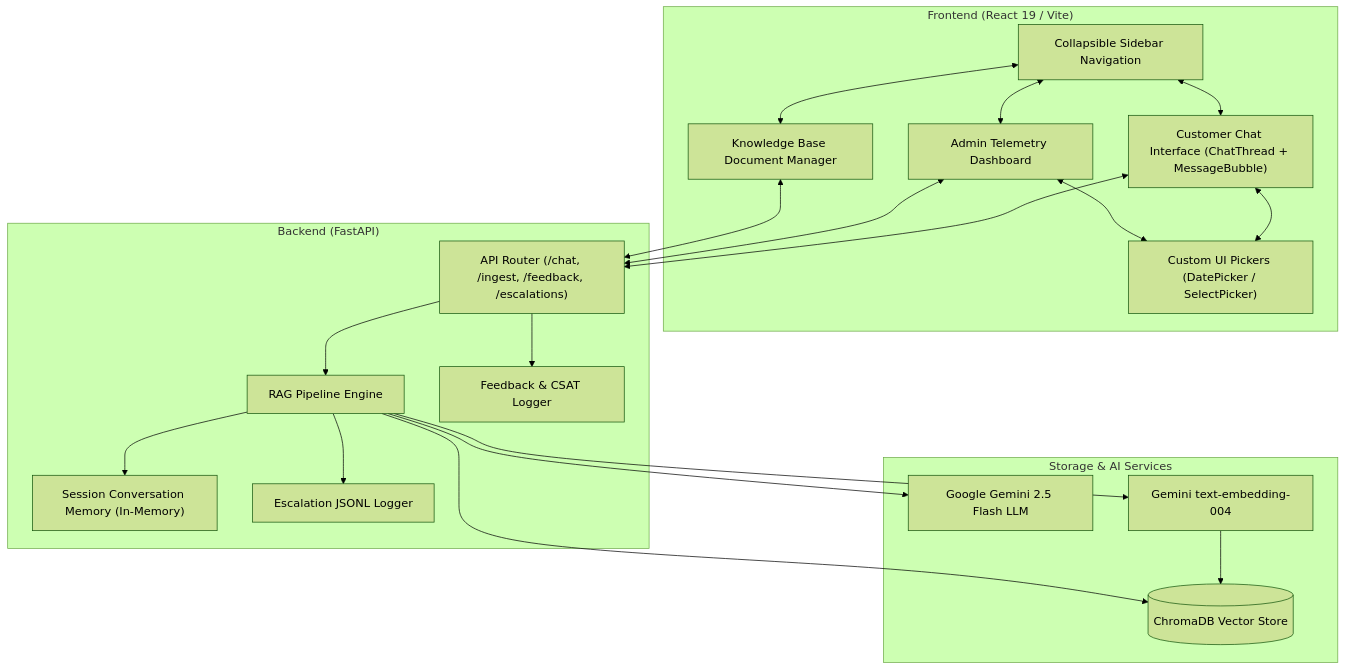
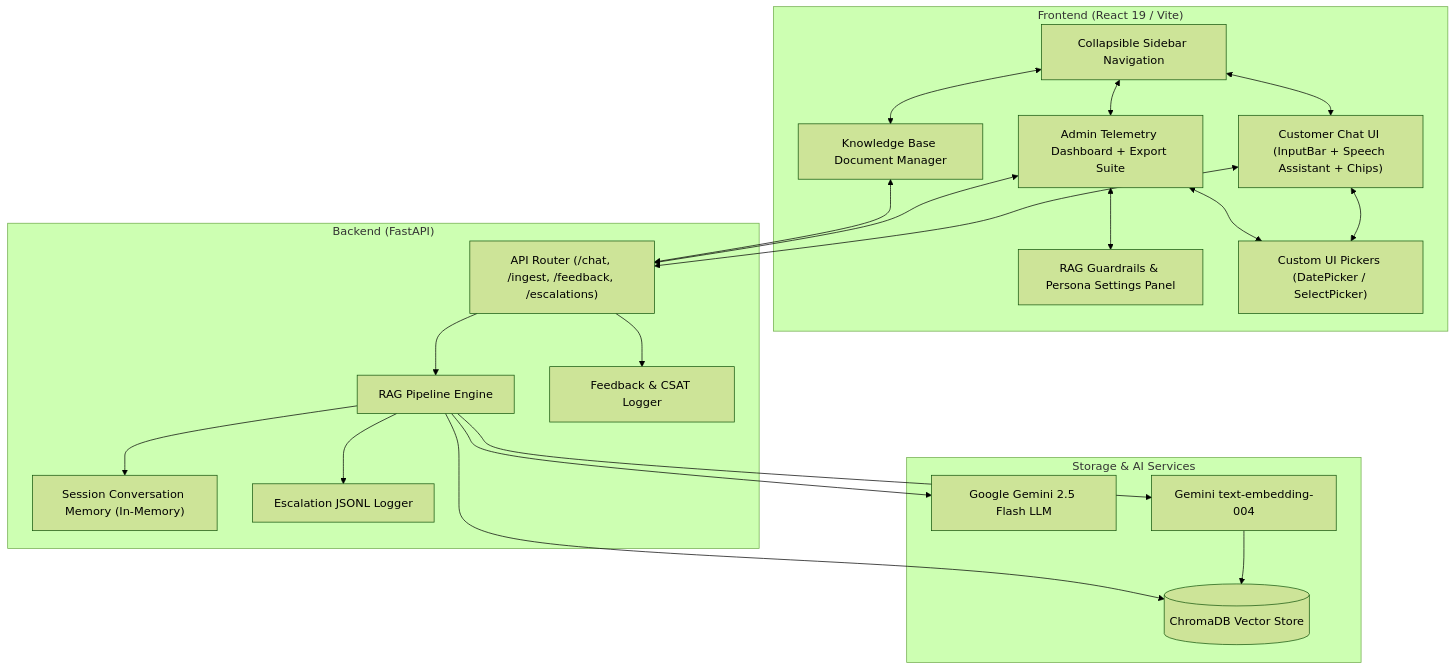
The first of 2 diagrams in README.md (Giancyril/Relay), drawn with Mermaid (forest theme) before and after one commit. The commit also changed other lines of this file, not shown here.

Commit message:
docs: update README.md with newly added advanced features (AI Prompt Chips, Web Speech Audio Assistant, CSV/JSON Exports, and RAG Guardrails Settings)

````diff
--- a/README.md
+++ b/README.md
@@ -47,43 +57,45 @@
 ```mermaid
 graph TD
     subgraph Client ["Frontend (React 19 / Vite)"]
         Sidebar["Collapsible Sidebar Navigation"]
-        ChatUI["Customer Chat Interface (ChatThread + MessageBubble)"]
-        AdminUI["Admin Telemetry Dashboard"]
+        ChatUI["Customer Chat UI (InputBar + Speech Assistant + Chips)"]
+        AdminUI["Admin Telemetry Dashboard + Export Suite"]
+        RAGSettings["RAG Guardrails & Persona Settings Panel"]
         KBUI["Knowledge Base Document Manager"]
         Pickers["Custom UI Pickers (DatePicker / SelectPicker)"]
     end
 
     subgraph Server ["Backend (FastAPI)"]
         Router["API Router (/chat, /ingest, /feedback, /escalations)"]
         RAGService["RAG Pipeline Engine"]
         MemoryStore["Session Conversation Memory (In-Memory)"]
         EscLogger["Escalation JSONL Logger"]
         FBLogger["Feedback & CSAT Logger"]
     end
 
     subgraph External ["Storage & AI Services"]
         Chroma[(ChromaDB Vector Store)]
         Gemini[Google Gemini 2.5 Flash LLM]
         Embeddings[Gemini text-embedding-004]
     end
 
     Sidebar <--> ChatUI
     Sidebar <--> AdminUI
     Sidebar <--> KBUI
     ChatUI <--> Pickers
     AdminUI <--> Pickers
+    AdminUI <--> RAGSettings
 
     ChatUI <--> Router
     AdminUI <--> Router
     KBUI <--> Router
 
     Router --> RAGService
     RAGService --> MemoryStore
     RAGService --> Embeddings
     Embeddings --> Chroma
     RAGService --> Chroma
     RAGService --> Gemini
     RAGService --> EscLogger
     Router --> FBLogger
 ```
````
